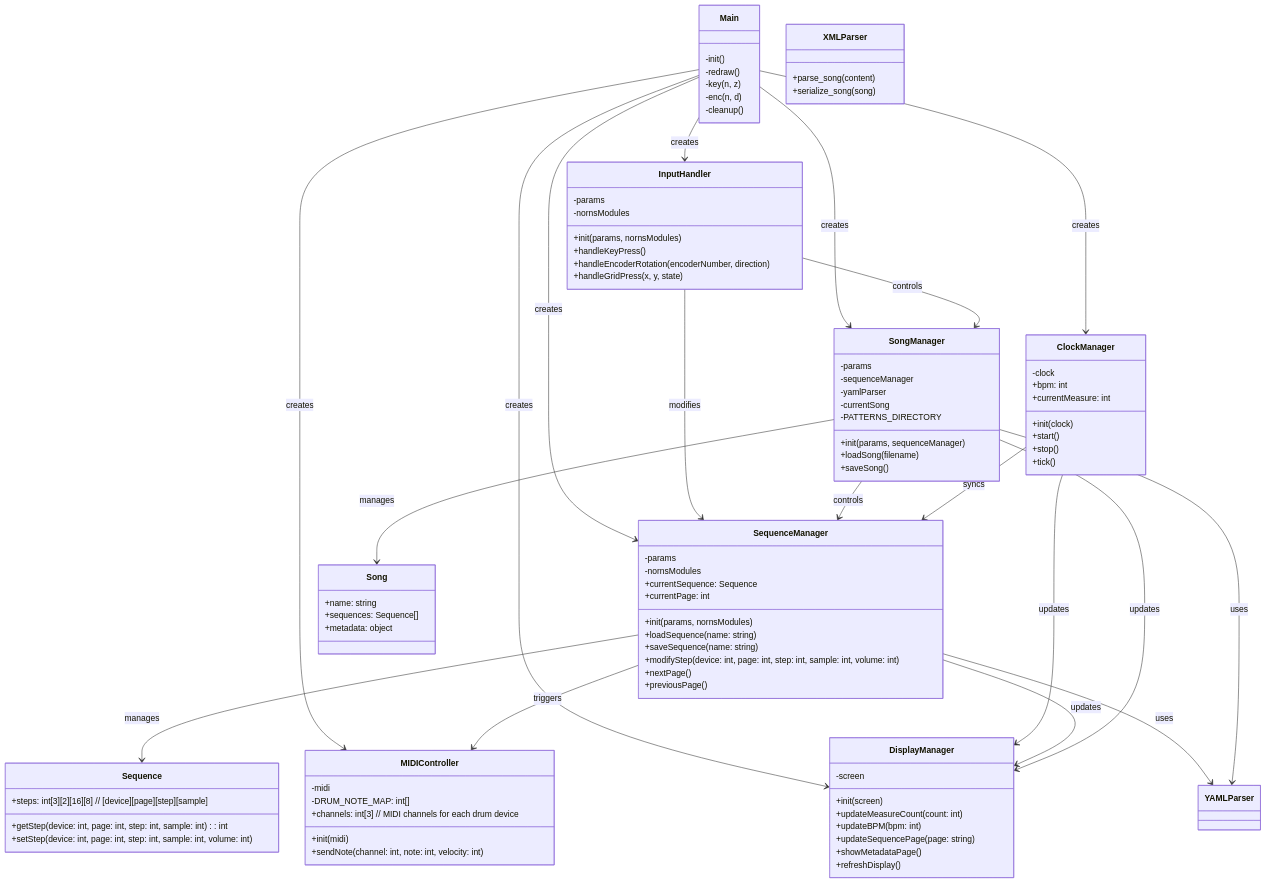
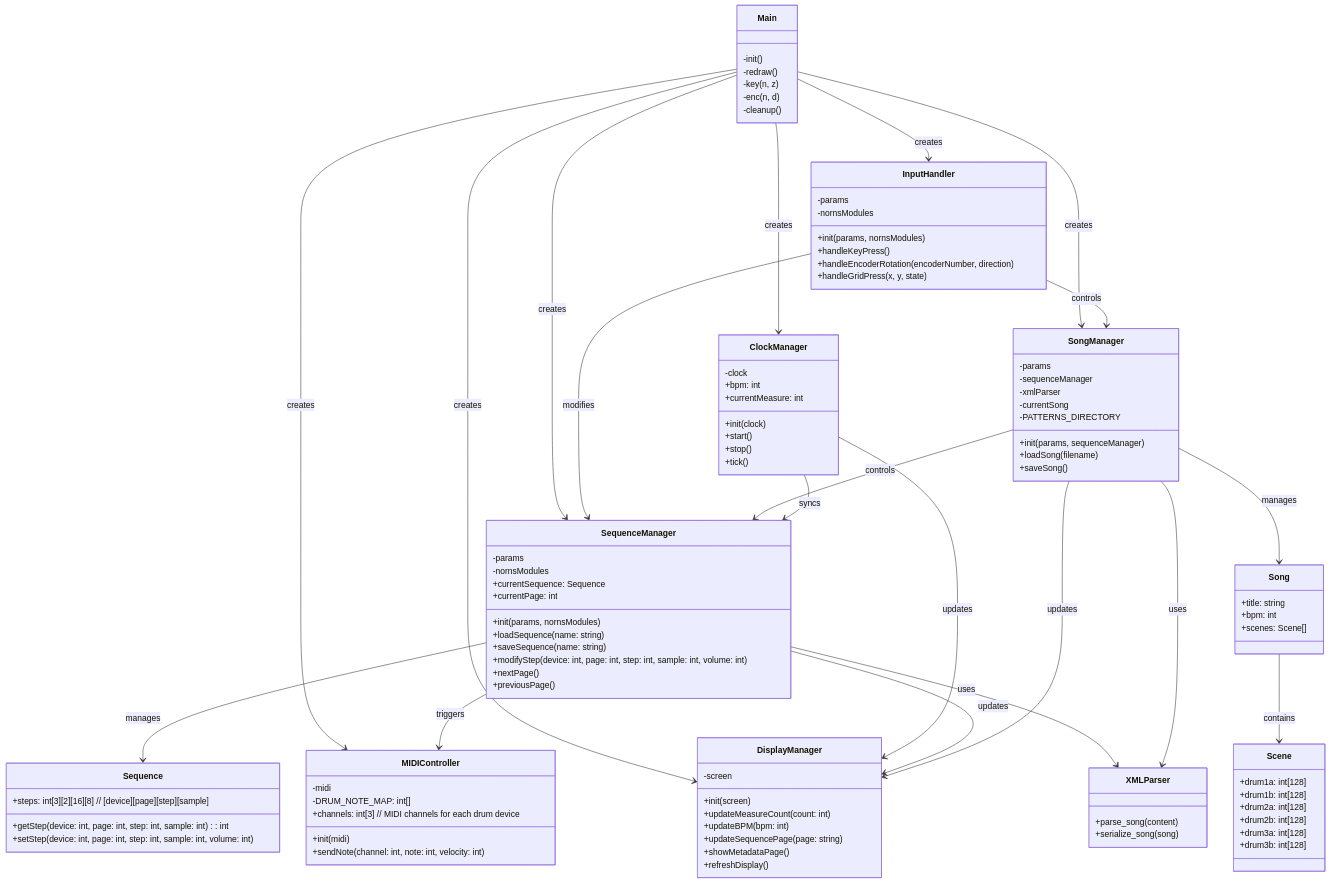
The diagram in tens.mmd (joshuacook/tens), drawn with Mermaid before and after one commit. The commit also changed 7 other files, not shown here.

````diff
--- a/tens.mmd
+++ b/tens.mmd
@@ -58,14 +58,22 @@
         +previousPage()
     }
     class Song {
-        +name: string
-        +sequences: Sequence[]
-        +metadata: object
+        +title: string
+        +bpm: int
+        +scenes: Scene[]
+    }
+    class Scene {
+        +drum1a: int[128]
+        +drum1b: int[128]
+        +drum2a: int[128]
+        +drum2b: int[128]
+        +drum3a: int[128]
+        +drum3b: int[128]
     }
     class SongManager {
         -params
         -sequenceManager
-        -yamlParser
+        -xmlParser
         -currentSong
         -PATTERNS_DIRECTORY
         +init(params, sequenceManager)
@@ -88,11 +96,12 @@
     SequenceManager --> Sequence : manages
     SequenceManager --> MIDIController : triggers
     SongManager --> Song : manages
+    Song --> Scene : contains
     SongManager --> SequenceManager : controls
     ClockManager --> SequenceManager : syncs
     ClockManager --> DisplayManager : updates
     SequenceManager --> DisplayManager : updates
     SongManager --> DisplayManager : updates
-    SequenceManager --> YAMLParser : uses
-    SongManager --> YAMLParser : uses
+    SequenceManager --> XMLParser : uses
+    SongManager --> XMLParser : uses
 ```
````
